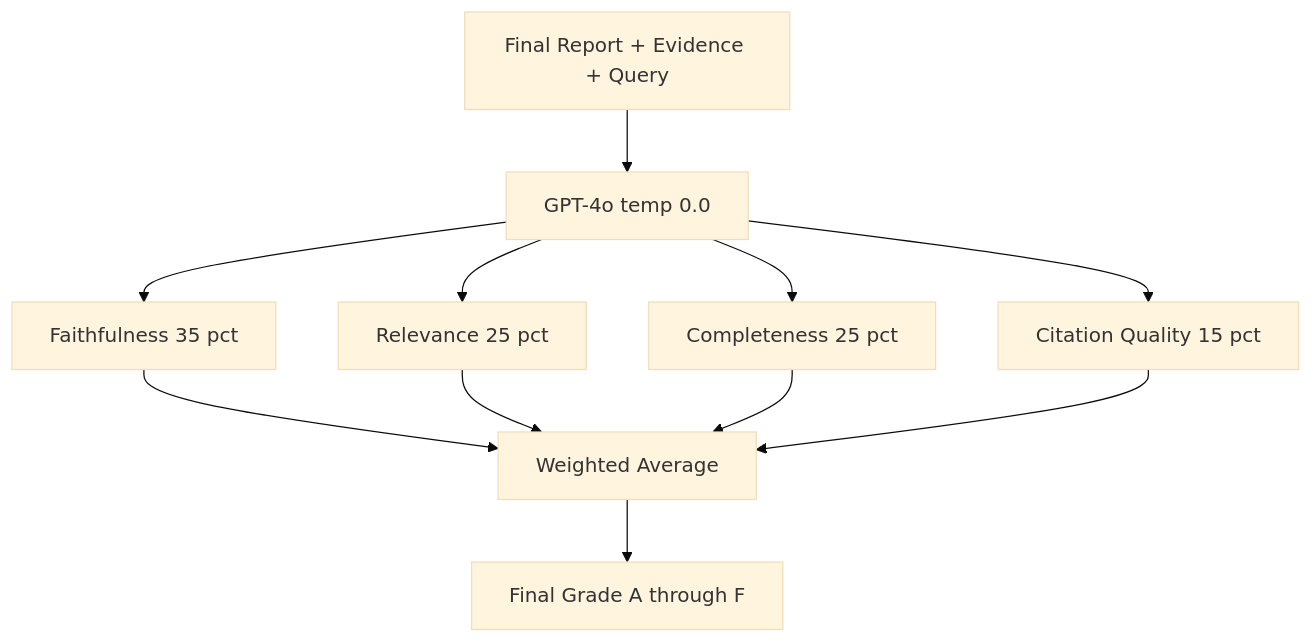
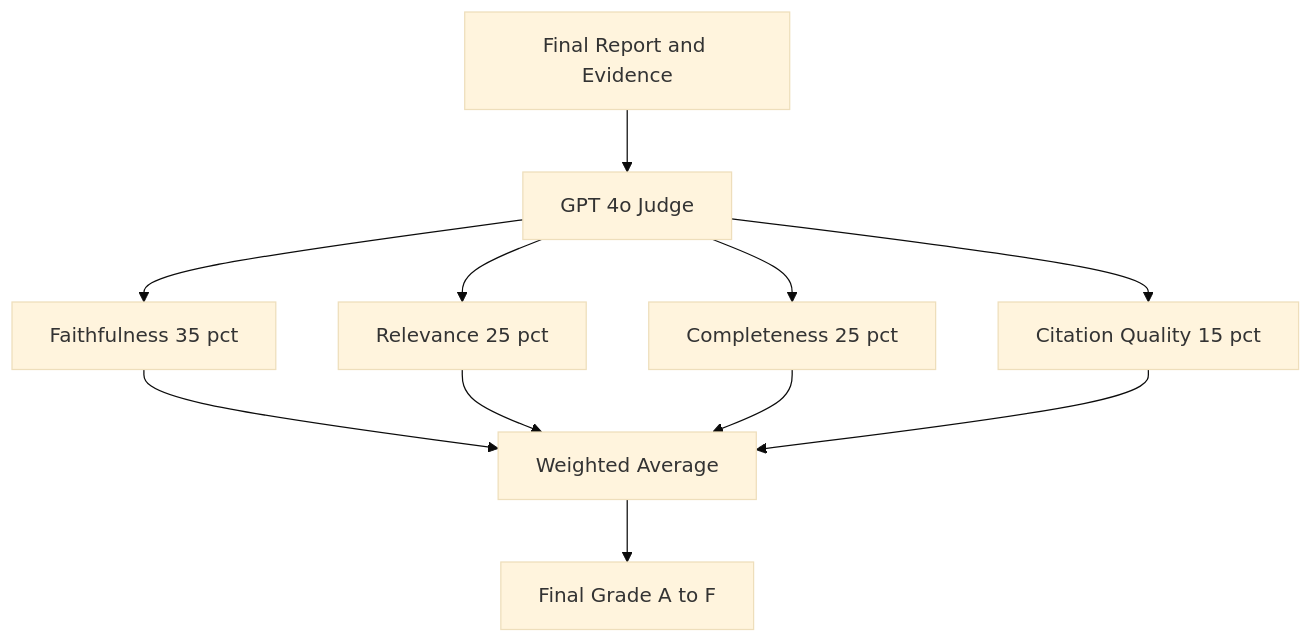
One commit to aspunith/MultAgent-Strategic-Intelligence-System changed the fourth of 6 diagrams in README.md. Above: the diagram before and after it, drawn with Mermaid (base theme). The commit also changed other lines of this file, not shown here.

First line of the commit message:
fix: switch all failing Mermaid diagrams from graph to flowchart keyword

````diff
--- a/README.md
+++ b/README.md
@@ -401,13 +400,13 @@
 ```mermaid
-graph TB
-    INPUT[Final Report + Evidence + Query] --> JUDGE[GPT-4o temp 0.0]
+flowchart TB
+    INPUT[Final Report and Evidence] --> JUDGE[GPT 4o Judge]
     JUDGE --> F[Faithfulness 35 pct]
     JUDGE --> R[Relevance 25 pct]
-    JUDGE --> C[Completeness 25 pct]
-    JUDGE --> Q[Citation Quality 15 pct]
+    JUDGE --> CC[Completeness 25 pct]
+    JUDGE --> CQ[Citation Quality 15 pct]
     F --> AGG[Weighted Average]
     R --> AGG
-    C --> AGG
-    Q --> AGG
-    AGG --> GRADE[Final Grade A through F]
+    CC --> AGG
+    CQ --> AGG
+    AGG --> GRADE[Final Grade A to F]
 ```
````
